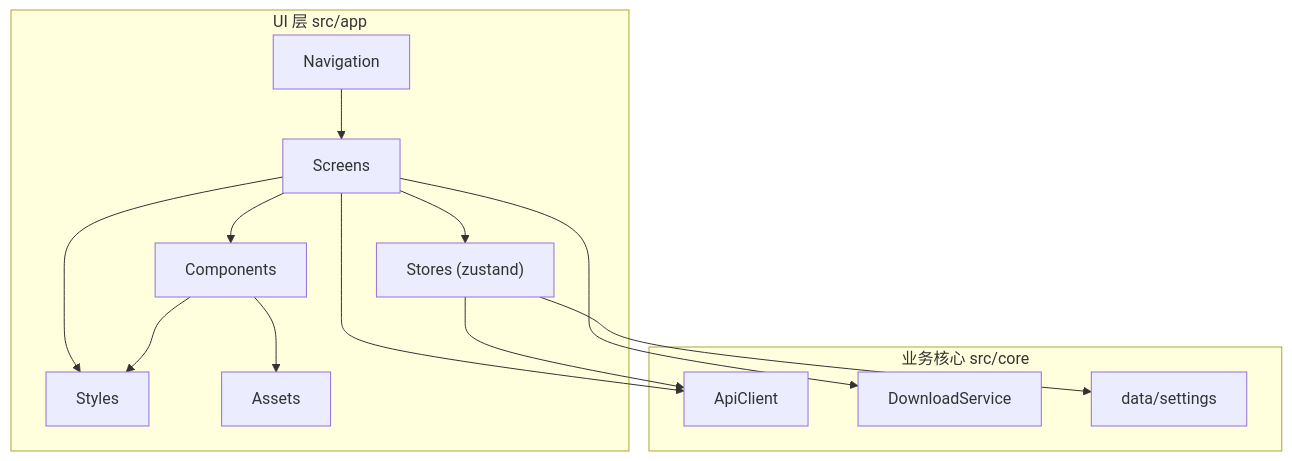
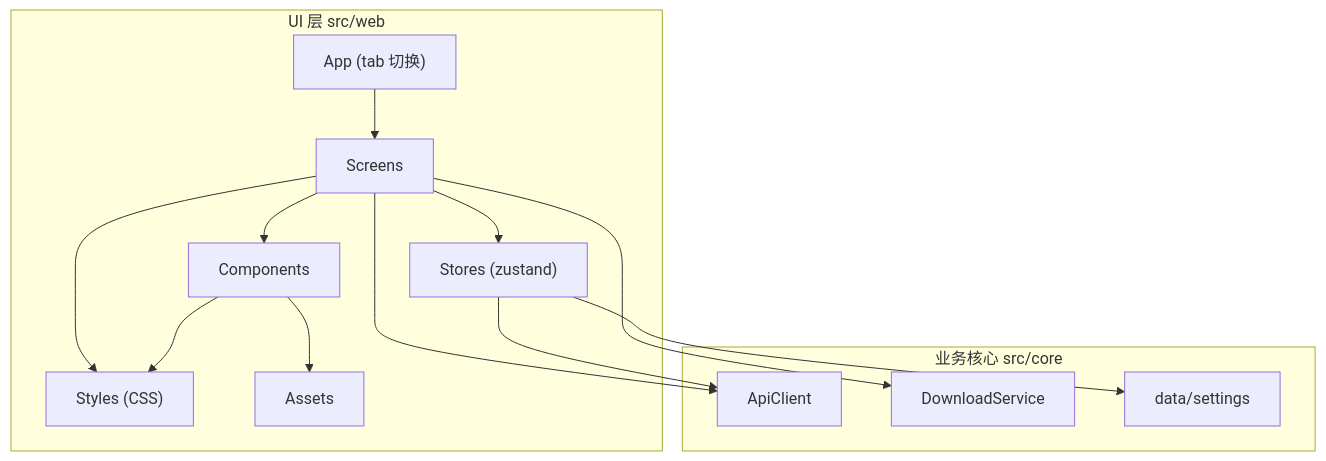
The first of 2 diagrams in docs/architecture/ui.md (aDarkMaker/JMFM), drawn with Mermaid before and after one commit. The commit also changed other lines of this file and 27 other files, not shown here.

Commit message:
docs: migrate architecture docs to capacitor stack

````diff
--- a/docs/architecture/ui.md
+++ b/docs/architecture/ui.md
@@ -7,28 +7,28 @@
 ```mermaid
 flowchart TB
-    subgraph ui [UI 层 src/app]
-        nav["Navigation"]
+    subgraph ui [UI 层 src/web]
+        app["App (tab 切换)"]
         screens["Screens"]
         stores["Stores (zustand)"]
         components["Components"]
-        styles["Styles"]
+        styles["Styles (CSS)"]
         assets["Assets"]
-        nav --> screens
+        app --> screens
         screens --> stores
         screens --> components
         screens --> styles
         components --> styles
         components --> assets
     end
 
     subgraph core [业务核心 src/core]
         api["ApiClient"]
         dl["DownloadService"]
         settings["data/settings"]
     end
 
     stores --> settings
     screens --> api
     screens --> dl
     stores --> api
 ```
````
